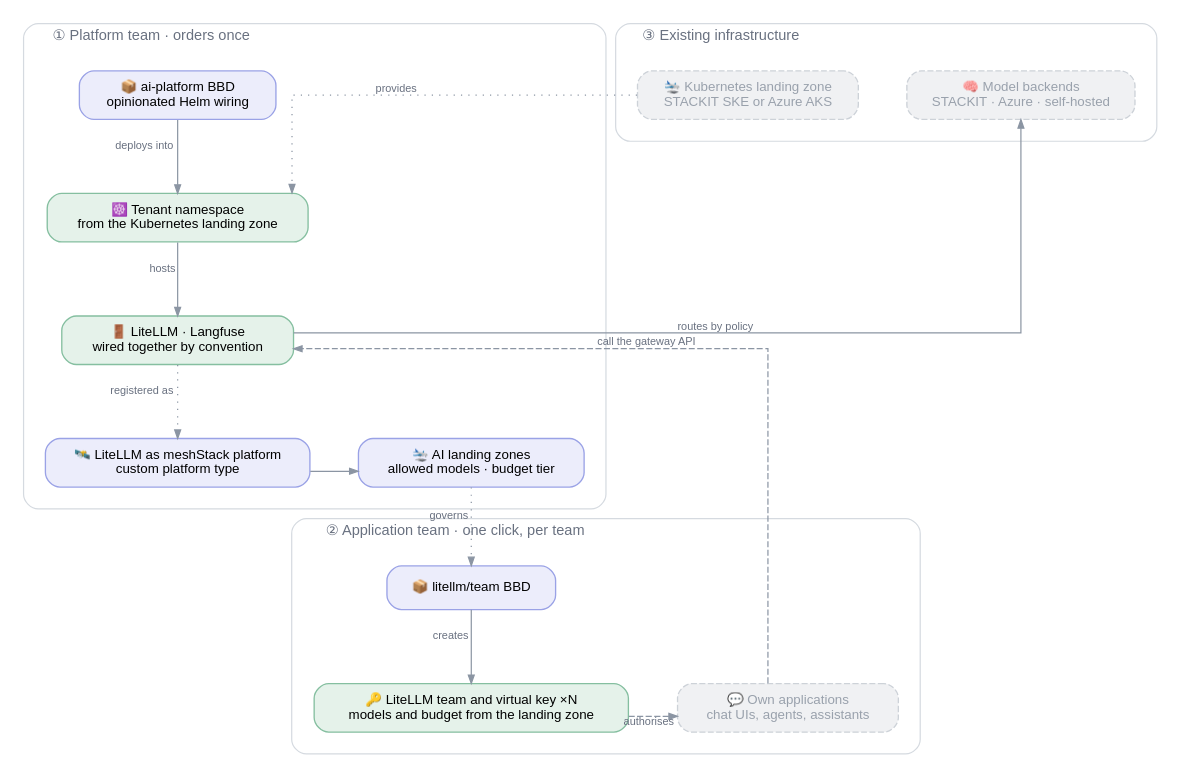
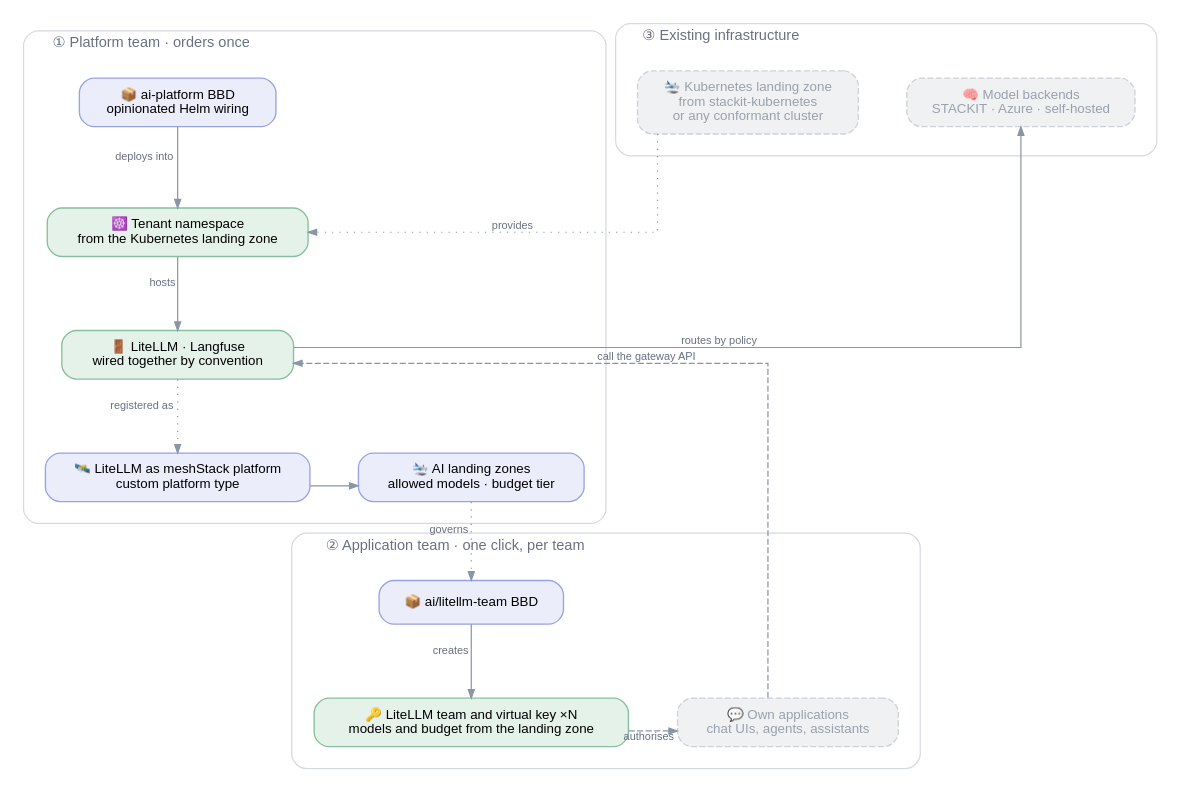
One commit to meshcloud/meshstack-hub changed the diagram in reference-architectures/ai-platform/ai-platform-oneclick.dot. Above: the diagram before and after it, drawn with Graphviz. The commit also changed 5 other files, not shown here.

```diff
--- a/reference-architectures/ai-platform/ai-platform-oneclick.dot
+++ b/reference-architectures/ai-platform/ai-platform-oneclick.dot
@@ -1,75 +1,75 @@
 /*
  * AI Platform delivery model — the two orders.
  * Conventions: .agents/references/diagrams.md — render with: task diagrams
  */
 digraph ai_platform_oneclick {
   rankdir=TB
   splines=ortho
   forcelabels=true
   bgcolor="white"
   nodesep=0.55
   ranksep=0.85
 
   node [shape=box style="rounded,filled" fontname="Helvetica" fontsize=11
         fillcolor="#ffffff" color="#a2abb8" penwidth=1.1 margin="0.20,0.11"]
   edge [fontname="Helvetica" fontsize=9 fontcolor="#697180" color="#8b95a3" arrowsize=0.7]
 
   subgraph cluster_once {
     label="  ① Platform team · orders once"
     labeljust=l
     fontname="Helvetica" fontsize=12 fontcolor="#697180"
     style="rounded" color="#d5dae0"
     margin=18
 
     BBD_STACK [label="📦 ai-platform BBD\nopinionated Helm wiring" fillcolor="#ecedfb" color="#9aa2e6"]
     NS        [label="☸️ Tenant namespace\nfrom the Kubernetes landing zone" fillcolor="#e5f2ea" color="#85bfa0"]
     STACK     [label="🚪 LiteLLM · Langfuse\nwired together by convention" fillcolor="#e5f2ea" color="#85bfa0"]
     PLATFORM  [label="🛰️ LiteLLM as meshStack platform\ncustom platform type" fillcolor="#ecedfb" color="#9aa2e6"]
     LZAI      [label="🛬 AI landing zones\nallowed models · budget tier" fillcolor="#ecedfb" color="#9aa2e6"]
 
     { rank=same; PLATFORM -> LZAI [style=invis] }
 
     BBD_STACK -> NS    [xlabel="deploys into"]
     NS        -> STACK [xlabel="hosts"]
     STACK     -> PLATFORM [xlabel="registered as" style=dotted]
     PLATFORM  -> LZAI
   }
 
   subgraph cluster_team {
     label="  ② Application team · one click, per team"
     labeljust=l
     fontname="Helvetica" fontsize=12 fontcolor="#697180"
     style="rounded" color="#d5dae0"
     margin=18
 
-    BBD_TEAM [label="📦 litellm/team BBD" fillcolor="#ecedfb" color="#9aa2e6"]
+    BBD_TEAM [label="📦 ai/litellm-team BBD" fillcolor="#ecedfb" color="#9aa2e6"]
     KEY      [label="🔑 LiteLLM team and virtual key ×N\nmodels and budget from the landing zone" fillcolor="#e5f2ea" color="#85bfa0"]
     APPS     [label="💬 Own applications\nchat UIs, agents, assistants"
               fillcolor="#f0f1f3" color="#cdd2d8" fontcolor="#99a1ac" style="rounded,filled,dashed"]
 
     { rank=same; KEY -> APPS [style=invis] }
 
     BBD_TEAM -> KEY  [xlabel="creates"]
     KEY      -> APPS [xlabel="authorises" style=dashed]
   }
 
   subgraph cluster_existing {
     label="  ③ Existing infrastructure"
     labeljust=l
     fontname="Helvetica" fontsize=12 fontcolor="#697180"
     style="rounded" color="#d5dae0"
     margin=18
 
-    K8SLZ  [label="🛬 Kubernetes landing zone\nSTACKIT SKE or Azure AKS"
+    K8SLZ  [label="🛬 Kubernetes landing zone\nfrom stackit-kubernetes\nor any conformant cluster"
             fillcolor="#f0f1f3" color="#cdd2d8" fontcolor="#99a1ac" style="rounded,filled,dashed"]
     MODELS [label="🧠 Model backends\nSTACKIT · Azure · self-hosted"
             fillcolor="#f0f1f3" color="#cdd2d8" fontcolor="#99a1ac" style="rounded,filled,dashed"]
 
     { rank=same; K8SLZ -> MODELS [style=invis] }
   }
 
   K8SLZ -> NS       [xlabel="provides" style=dotted constraint=false]
   LZAI  -> BBD_TEAM [xlabel="governs" style=dotted]
   APPS  -> STACK    [xlabel="call the gateway API" style=dashed constraint=false]
   STACK -> MODELS   [xlabel="routes by policy" constraint=false]
 }
```
